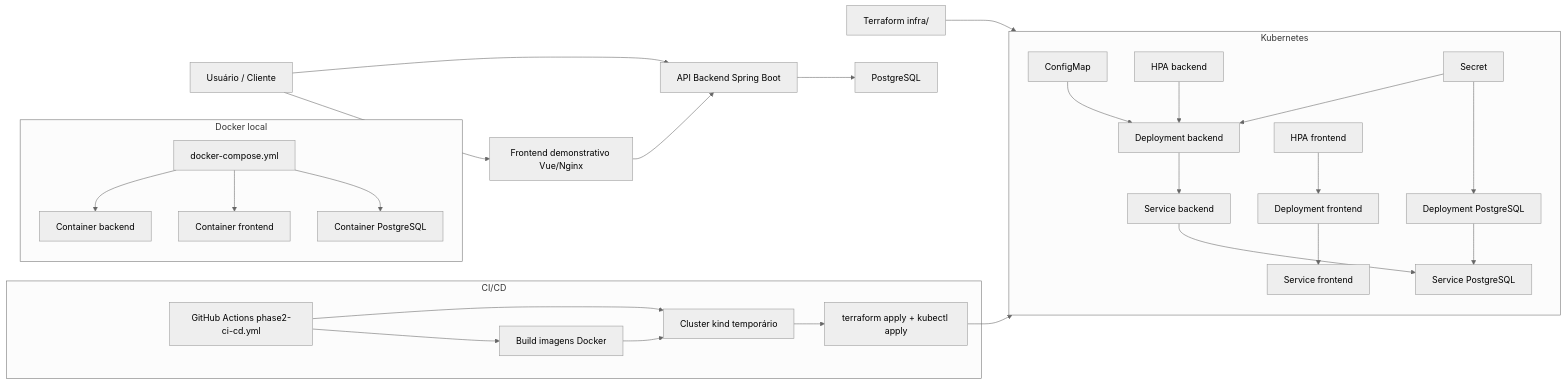
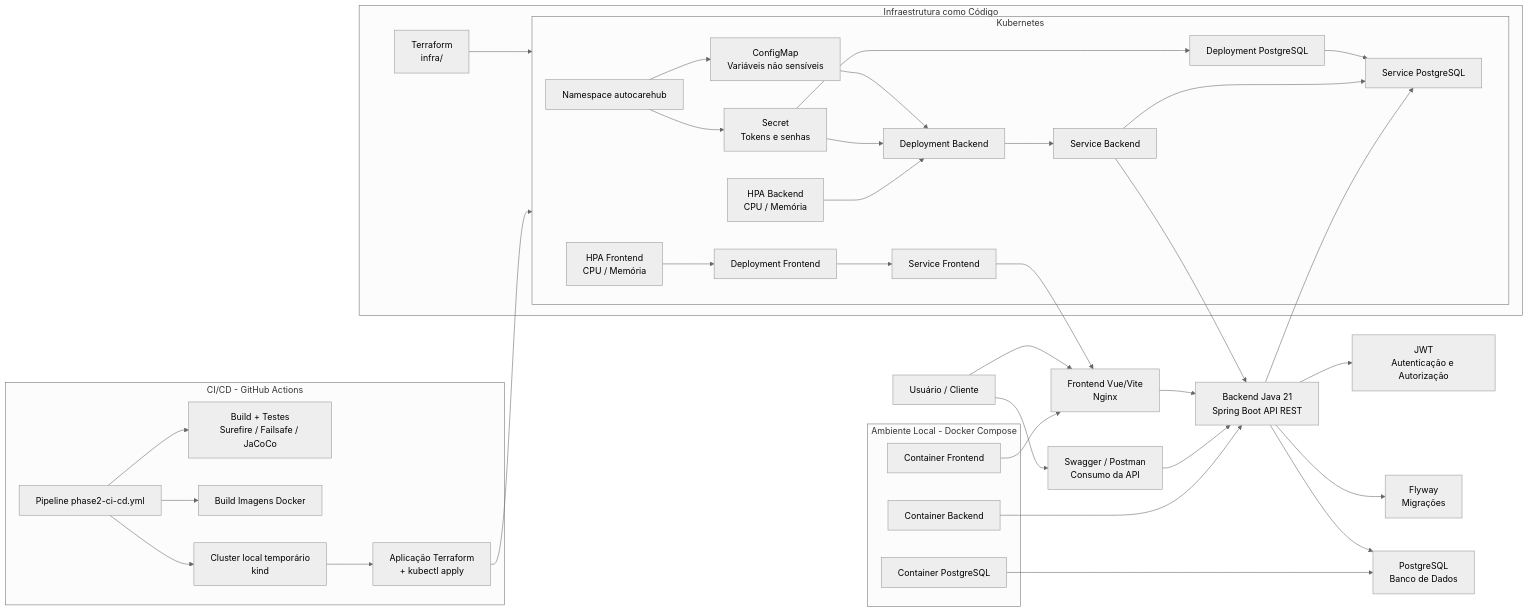
Before and after one commit to yxsbx/SOAT-FIAP: the diagram in README.md, drawn with Mermaid (neutral theme). The commit also changed other lines of this file and 3 other files, not shown here.

````diff
--- a/README.md
+++ b/README.md
@@ -103,47 +103,79 @@
 ```mermaid
 flowchart LR
-    user["Usuário / Cliente"] --> frontend["Frontend demonstrativo Vue/Nginx"]
-    user --> api["API Backend Spring Boot"]
-    frontend --> api
-    api --> postgres["PostgreSQL"]
+    user["Usuário / Cliente"] --> frontend["Frontend Vue/Vite<br/>Nginx"]
+    user --> swagger["Swagger / Postman<br/>Consumo da API"]
 
-    subgraph docker["Docker local"]
-        compose["docker-compose.yml"]
-        compose --> appContainer["Container backend"]
-        compose --> webContainer["Container frontend"]
-        compose --> dbContainer["Container PostgreSQL"]
+    frontend --> backend["Backend Java 21<br/>Spring Boot API REST"]
+    swagger --> backend
+
+    backend --> auth["JWT<br/>Autenticação e Autorização"]
+    backend --> flyway["Flyway<br/>Migrações"]
+    backend --> postgres["PostgreSQL<br/>Banco de Dados"]
+
+    subgraph local["Ambiente Local - Docker Compose"]
+        dockerFrontend["Container Frontend"]
+        dockerBackend["Container Backend"]
+        dockerDb["Container PostgreSQL"]
     end
 
-    subgraph k8sCluster["Kubernetes"]
-        cm["ConfigMap"]
-        secret["Secret"]
-        hpaApi["HPA backend"]
-        hpaWeb["HPA frontend"]
-        deployApi["Deployment backend"]
-        deployWeb["Deployment frontend"]
-        deployDb["Deployment PostgreSQL"]
-        svcApi["Service backend"]
-        svcWeb["Service frontend"]
-        svcDb["Service PostgreSQL"]
-        hpaApi --> deployApi
-        hpaWeb --> deployWeb
-        cm --> deployApi
-        secret --> deployApi
-        secret --> deployDb
-        deployApi --> svcApi
-        deployWeb --> svcWeb
-        deployDb --> svcDb
-        svcApi --> svcDb
+    subgraph k8s["Kubernetes"]
+        namespace["Namespace autocarehub"]
+
+        configmap["ConfigMap<br/>Variáveis não sensíveis"]
+        secret["Secret<br/>Tokens e senhas"]
+
+        deployFrontend["Deployment Frontend"]
+        deployBackend["Deployment Backend"]
+        deployPostgres["Deployment PostgreSQL"]
+
+        svcFrontend["Service Frontend"]
+        svcBackend["Service Backend"]
+        svcPostgres["Service PostgreSQL"]
+
+        hpaFrontend["HPA Frontend<br/>CPU / Memória"]
+        hpaBackend["HPA Backend<br/>CPU / Memória"]
+
+        namespace --> configmap
+        namespace --> secret
+
+        configmap --> deployBackend
+        secret --> deployBackend
+        secret --> deployPostgres
+
+        hpaFrontend --> deployFrontend
+        hpaBackend --> deployBackend
+
+        deployFrontend --> svcFrontend
+        deployBackend --> svcBackend
+        deployPostgres --> svcPostgres
+
+        svcBackend --> svcPostgres
     end
 
-    subgraph cicd["CI/CD"]
-        pipeline["GitHub Actions phase2-ci-cd.yml"]
-        pipeline --> images["Build imagens Docker"]
-        pipeline --> kind["Cluster kind temporário"]
-        kind --> apply["terraform apply + kubectl apply"]
+    subgraph iac["Infraestrutura como Código"]
+        terraform["Terraform<br/>infra/"]
+        terraform --> k8s
     end
 
-    terraform["Terraform infra/"] --> k8sCluster
-    images --> kind
-    apply --> k8sCluster
+    subgraph cicd["CI/CD - GitHub Actions"]
+        pipeline["Pipeline phase2-ci-cd.yml"]
+        tests["Build + Testes<br/>Surefire / Failsafe / JaCoCo"]
+        dockerBuild["Build Imagens Docker"]
+        kind["Cluster local temporário<br/>kind"]
+        deploy["Aplicação Terraform<br/>+ kubectl apply"]
+
+        pipeline --> tests
+        pipeline --> dockerBuild
+        pipeline --> kind
+        kind --> deploy
+        deploy --> k8s
+    end
+
+    dockerFrontend --> frontend
+    dockerBackend --> backend
+    dockerDb --> postgres
+
+    backend --> svcPostgres
+    svcBackend --> backend
+    svcFrontend --> frontend
 ```
````
